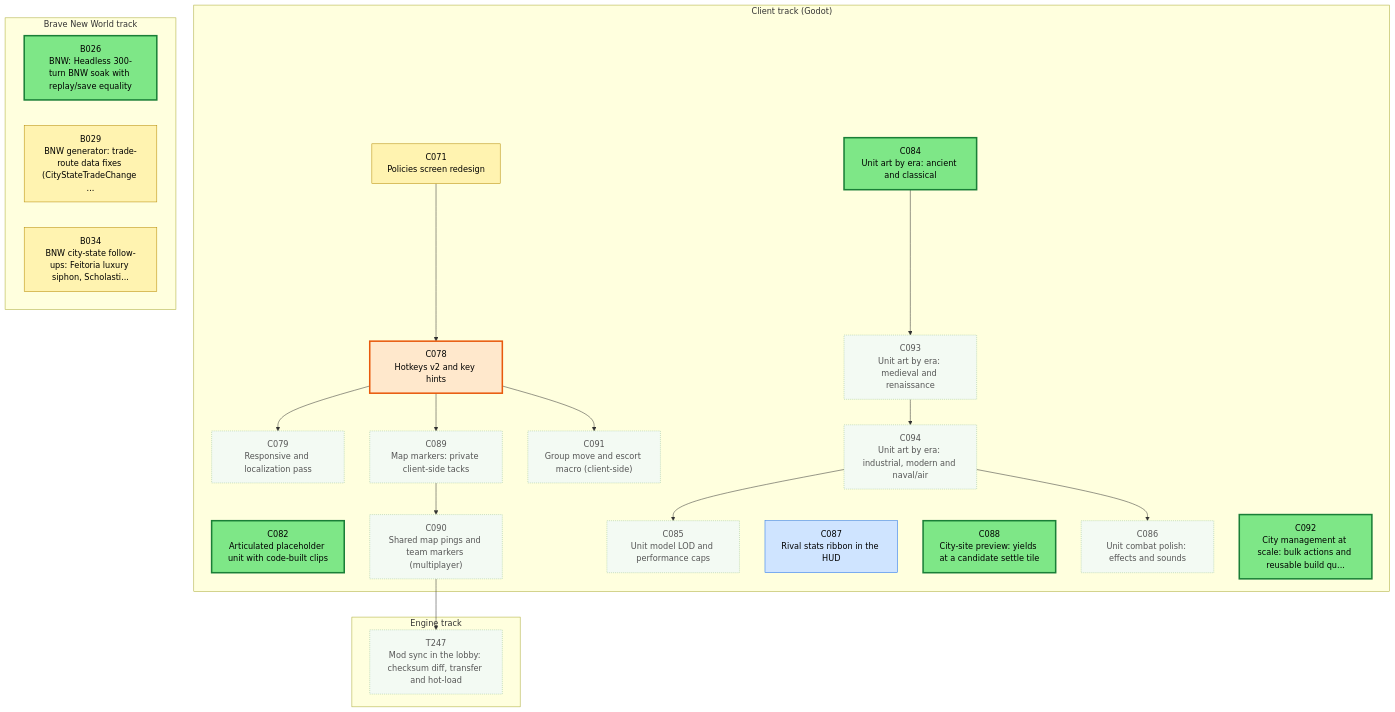
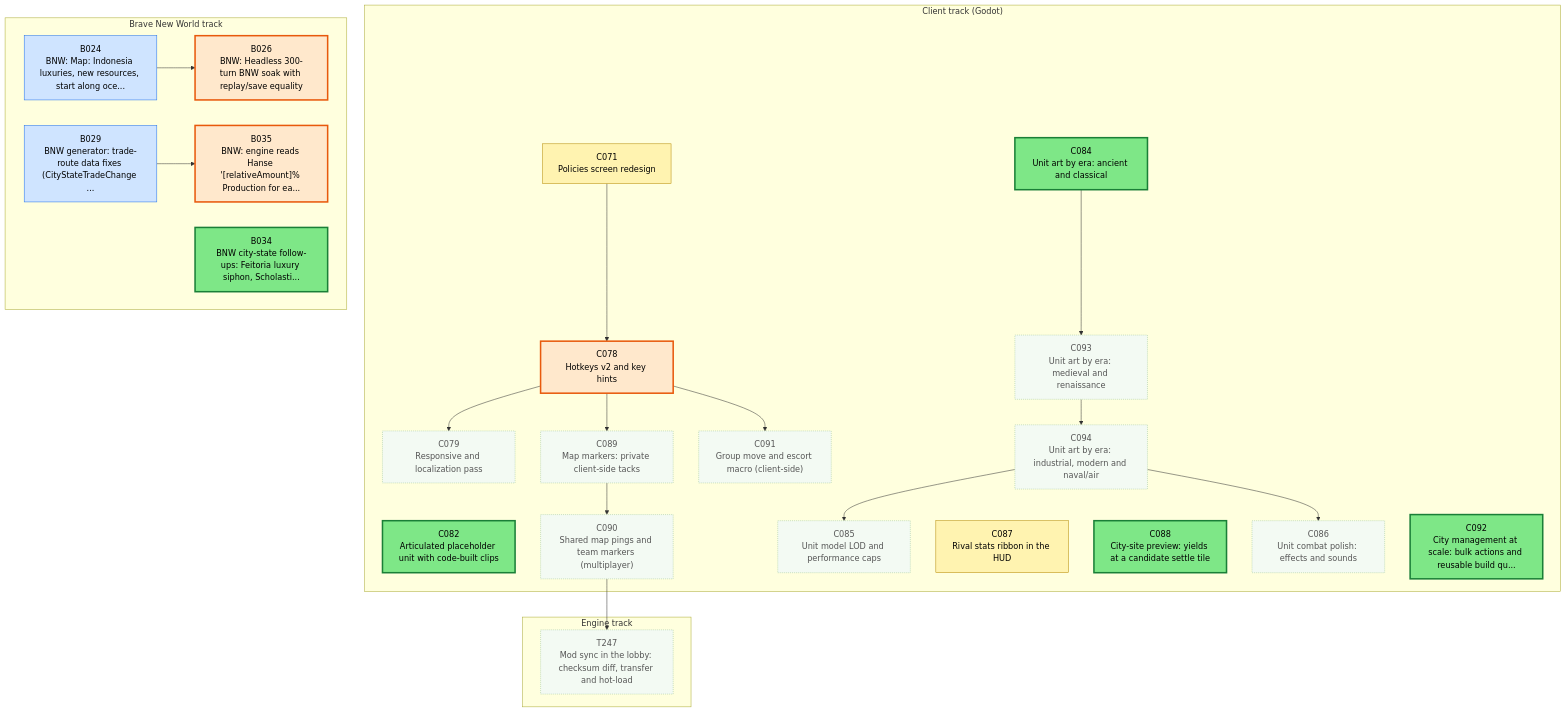
Before and after one commit to Kenmura/Unciv: the first of 3 diagrams in csharp/migration/DEPENDENCY_MAP.md, drawn with Mermaid. The commit also changed other lines of this file and 9 other files, not shown here.

````diff
--- a/csharp/migration/DEPENDENCY_MAP.md
+++ b/csharp/migration/DEPENDENCY_MAP.md
@@ -25,64 +25,70 @@
 ```mermaid
 flowchart TD
   subgraph TTRACK["Engine track"]
     T247["T247<br/>Mod sync in the lobby: checksum diff, transfer and hot-load"]
   end
   subgraph CTRACK["Client track (Godot)"]
     C071["C071<br/>Policies screen redesign"]
     C078["C078<br/>Hotkeys v2 and key hints"]
     C079["C079<br/>Responsive and localization pass"]
     C082["C082<br/>Articulated placeholder unit with code-built clips"]
     C084["C084<br/>Unit art by era: ancient and classical"]
     C085["C085<br/>Unit model LOD and performance caps"]
     C086["C086<br/>Unit combat polish: effects and sounds"]
     C087["C087<br/>Rival stats ribbon in the HUD"]
     C088["C088<br/>City-site preview: yields at a candidate settle tile"]
     C089["C089<br/>Map markers: private client-side tacks"]
     C090["C090<br/>Shared map pings and team markers (multiplayer)"]
     C091["C091<br/>Group move and escort macro (client-side)"]
     C092["C092<br/>City management at scale: bulk actions and reusable build qu..."]
     C093["C093<br/>Unit art by era: medieval and renaissance"]
     C094["C094<br/>Unit art by era: industrial, modern and naval/air"]
   end
   subgraph BTRACK["Brave New World track"]
+    B024["B024<br/>BNW: Map: Indonesia luxuries, new resources, start along oce..."]
     B026["B026<br/>BNW: Headless 300-turn BNW soak with replay/save equality"]
     B029["B029<br/>BNW generator: trade-route data fixes (CityStateTradeChange ..."]
     B034["B034<br/>BNW city-state follow-ups: Feitoria luxury siphon, Scholasti..."]
+    B035["B035<br/>BNW: engine reads Hanse '[relativeAmount]% Production for ea..."]
   end
   C090 --> T247
   C071 --> C078
   C078 --> C079
   C094 --> C085
   C094 --> C086
   C078 --> C089
   C089 --> C090
   C078 --> C091
   C084 --> C093
   C093 --> C094
+  B024 --> B026
+  B029 --> B035
   classDef waiting fill:#f3faf3,stroke:#9bc49b,color:#555,stroke-dasharray:2 2
   classDef ondeck fill:#ffe8cc,stroke:#e8590c,stroke-width:3px,color:#000
   classDef ready fill:#7ee787,stroke:#1a7f37,stroke-width:3px,color:#000
   classDef prog fill:#fff3b0,stroke:#b58900,color:#000
   classDef review fill:#cfe4ff,stroke:#1f6feb,color:#000
   classDef blocked fill:#ffd6d6,stroke:#c62828,color:#000
   classDef done fill:#eeeeee,stroke:#999999,color:#666,stroke-dasharray:4 3
-  class B026 ready
-  class B029 prog
-  class B034 prog
+  class B024 review
+  class B026 ondeck
+  class B029 review
+  class B034 ready
+  class B035 ondeck
   class C071 prog
   class C078 ondeck
   class C079 waiting
   class C082 ready
   class C084 ready
   class C085 waiting
   class C086 waiting
-  class C087 review
+  class C087 prog
   class C088 ready
   class C089 waiting
   class C090 waiting
   class C091 waiting
   class C092 ready
   class C093 waiting
   class C094 waiting
   class T247 waiting
 ```
````
